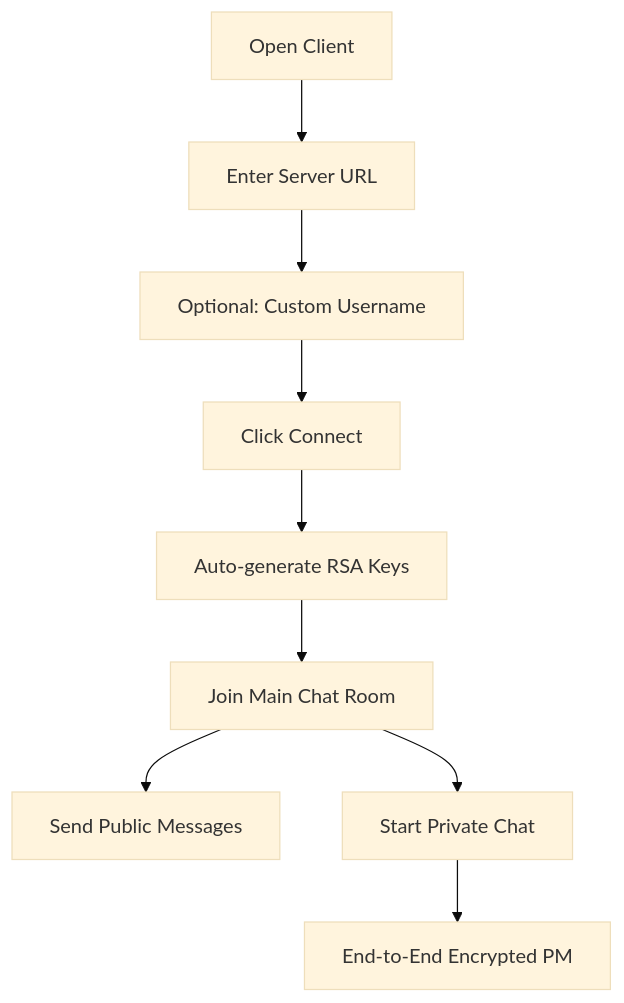
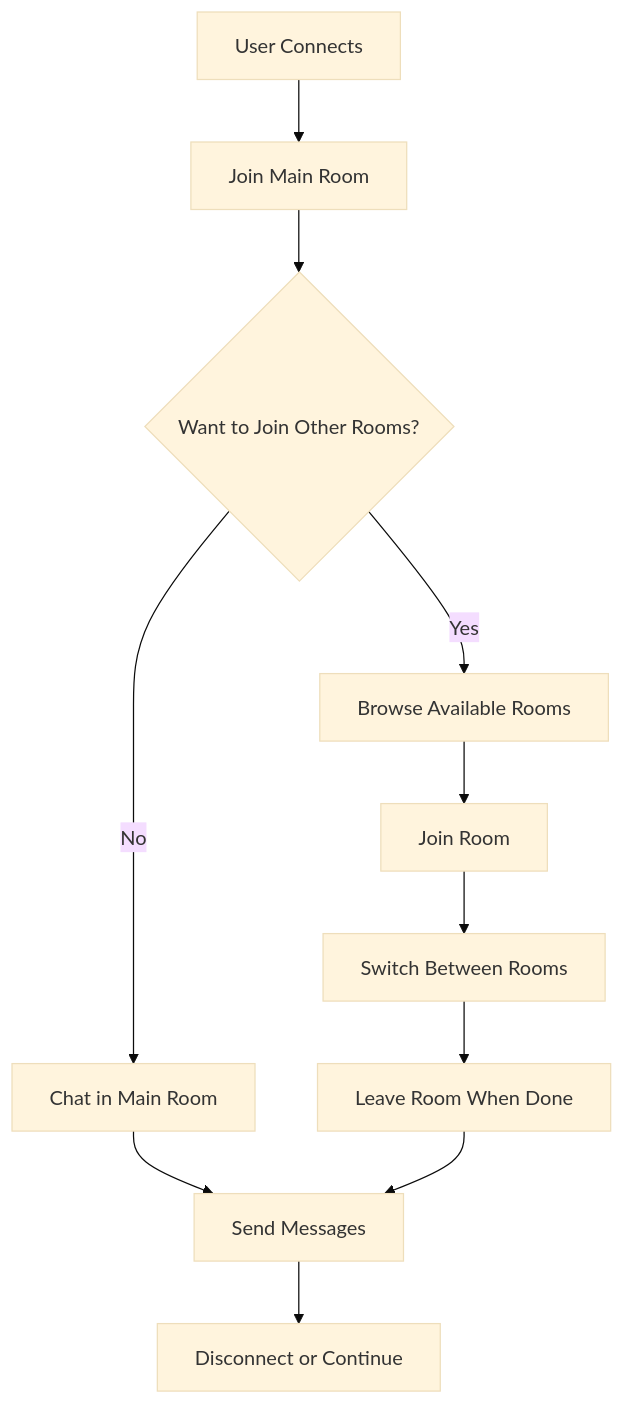
Before and after one commit to xsukax/xsukax-Chatroom-E2E-System: the first of 3 diagrams in README.md, drawn with Mermaid (base theme). The commit also changed other lines of this file, not shown here.

````diff
--- a/README.md
+++ b/README.md
@@ -135,11 +139,13 @@
 ```mermaid
 graph TD
-    A[Open Client] --> B[Enter Server URL]
-    B --> C[Optional: Custom Username]
-    C --> D[Click Connect]
-    D --> E[Auto-generate RSA Keys]
-    E --> F[Join Main Chat Room]
-    F --> G[Send Public Messages]
-    F --> H[Start Private Chat]
-    H --> I[End-to-End Encrypted PM]
+    A[User Connects] --> B[Join Main Room]
+    B --> C{Want to Join Other Rooms?}
+    C -->|Yes| D[Browse Available Rooms]
+    C -->|No| E[Chat in Main Room]
+    D --> F[Join Room]
+    F --> G[Switch Between Rooms]
+    G --> H[Leave Room When Done]
+    E --> I[Send Messages]
+    H --> I
+    I --> J[Disconnect or Continue]
 ```
````
